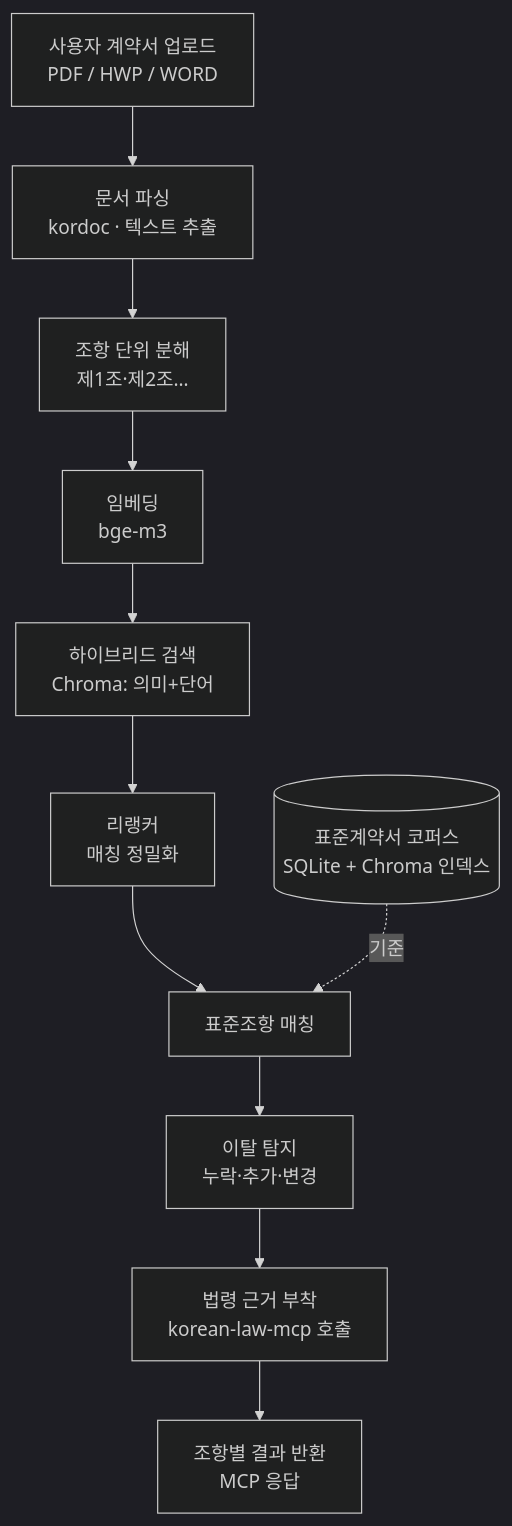
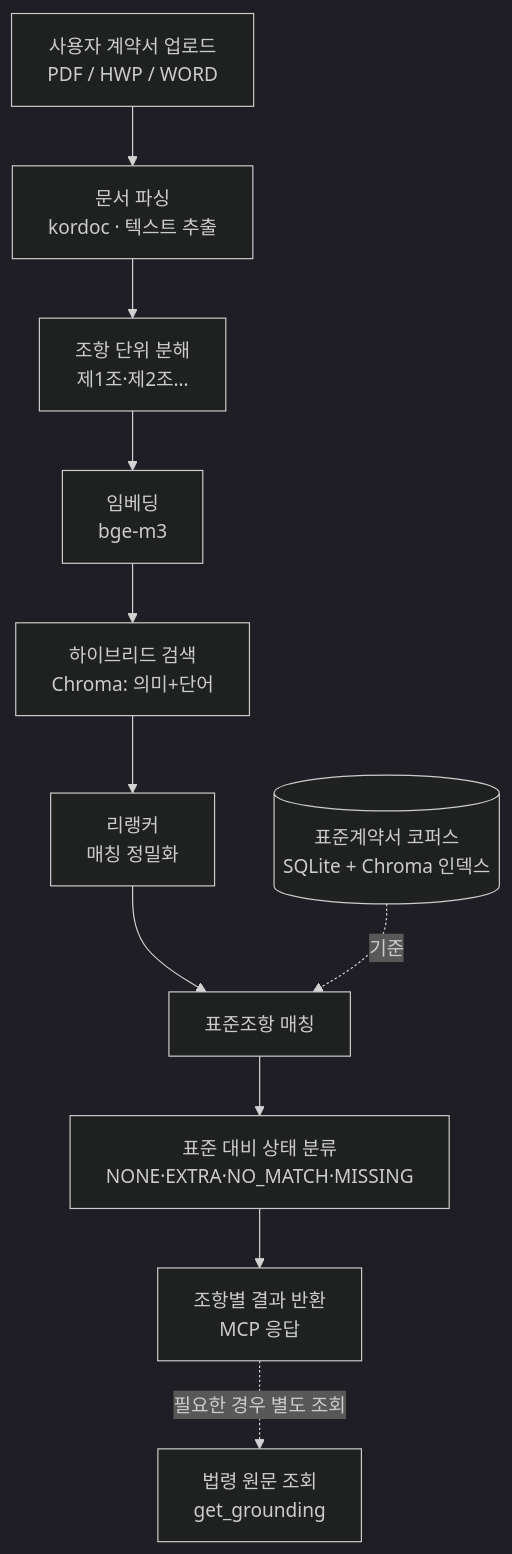
The diagram in docs/01.mvp_기획.md (Hong1008/SKN30-3rd-2Team), drawn with Mermaid (dark theme) before and after one commit. The commit also changed other lines of this file and 7 other files, not shown here.

Commit message:
docs: update project documentation and refactor server configuration to reflect current architecture

````diff
--- a/docs/01.mvp_기획.md
+++ b/docs/01.mvp_기획.md
@@ -43,14 +43,14 @@
 ```mermaid
 flowchart TD
     A[사용자 계약서 업로드<br/>PDF / HWP / WORD] --> B[문서 파싱<br/>kordoc · 텍스트 추출]
     B --> C[조항 단위 분해<br/>제1조·제2조…]
     C --> D[임베딩<br/>bge-m3]
     D --> E[하이브리드 검색<br/>Chroma: 의미+단어]
     E --> F[리랭커<br/>매칭 정밀화]
     F --> G[표준조항 매칭]
-    G --> H[이탈 탐지<br/>누락·추가·변경]
-    H --> I[법령 근거 부착<br/>korean-law-mcp 호출]
-    I --> J[조항별 결과 반환<br/>MCP 응답]
+    G --> H[표준 대비 상태 분류<br/>NONE·EXTRA·NO_MATCH·MISSING]
+    H --> J[조항별 결과 반환<br/>MCP 응답]
+    J -.필요한 경우 별도 조회.-> I[법령 원문 조회<br/>get_grounding]
 
     K[(표준계약서 코퍼스<br/>SQLite + Chroma 인덱스)] -.기준.-> G
 ```
````
